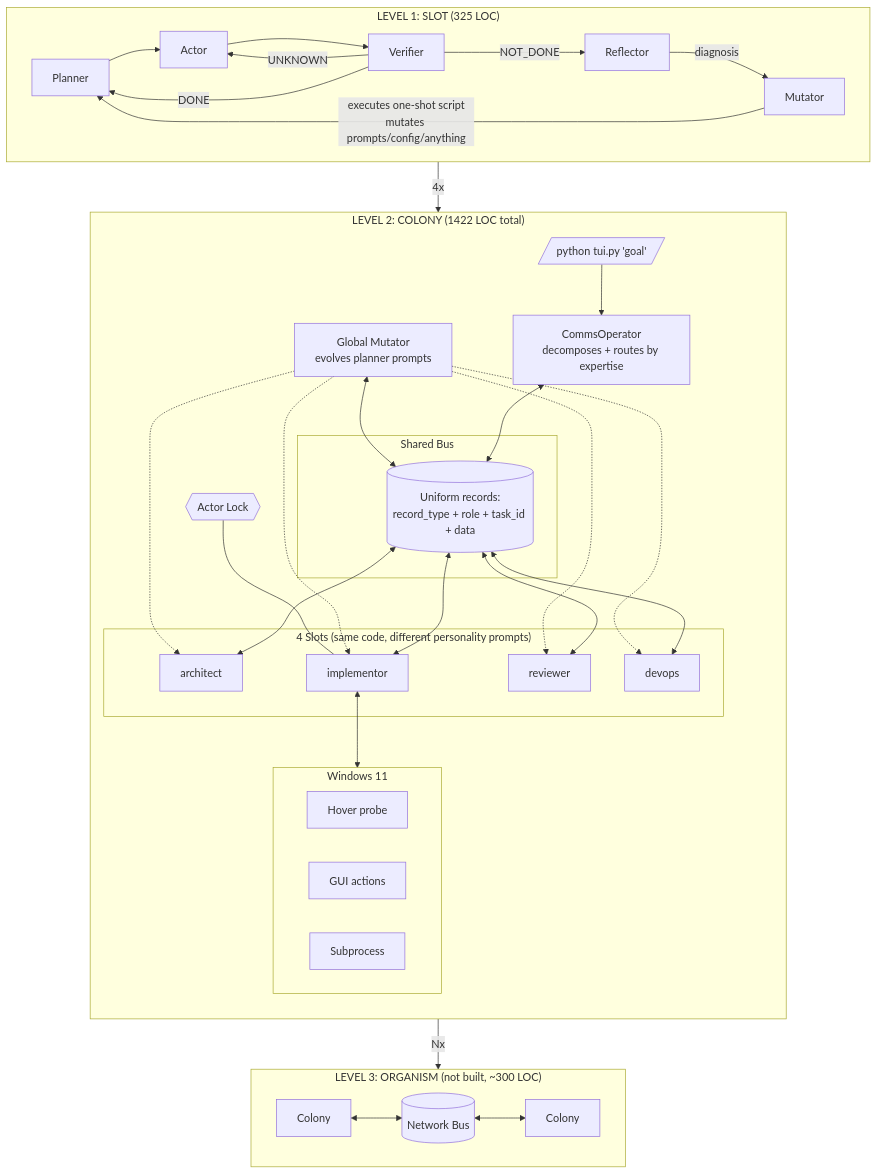
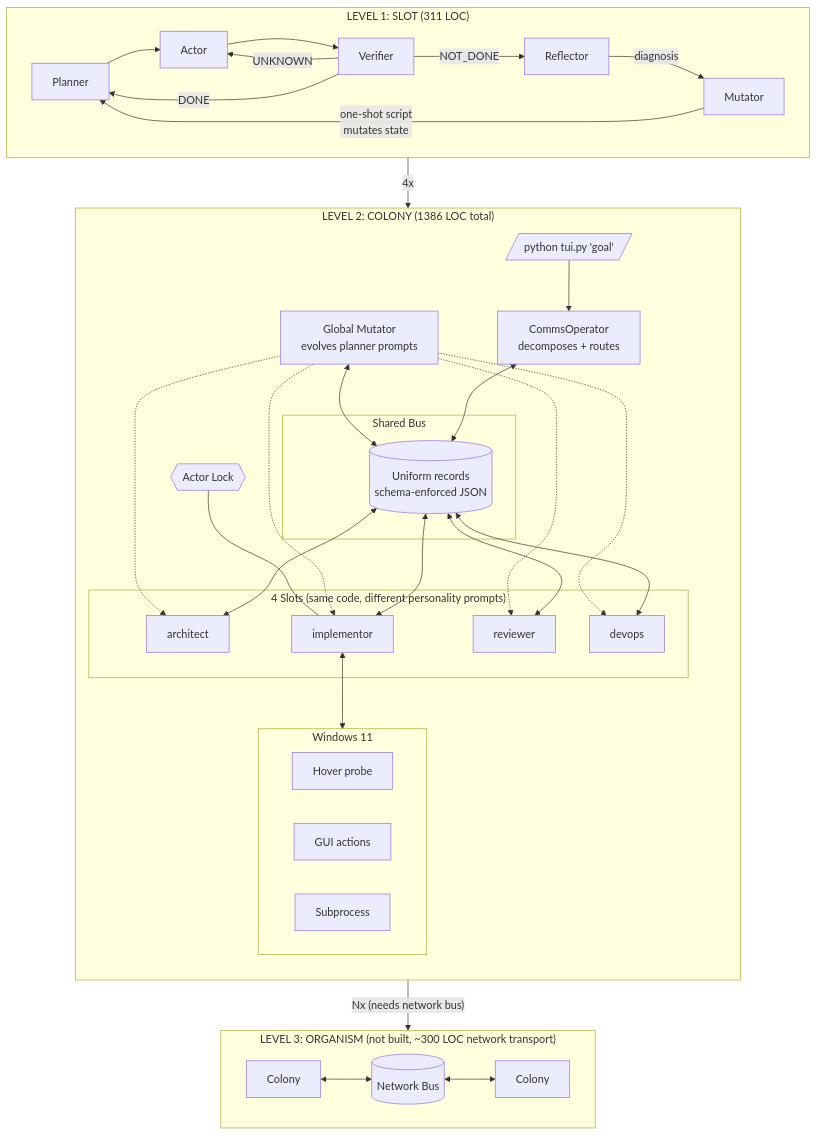
Before and after one commit to wgabrys88/endgame-ai: the first of 3 diagrams in README.md, drawn with Mermaid. The commit also changed other lines of this file, not shown here.

Commit message:
final README: schema enforcement, file config, complete handover

````diff
--- a/README.md
+++ b/README.md
@@ -7,60 +7,60 @@
 ```mermaid
 flowchart TB
-    subgraph LEVEL1["LEVEL 1: SLOT (325 LOC)"]
+    subgraph LEVEL1["LEVEL 1: SLOT (311 LOC)"]
         direction LR
         P1["Planner"] --> A1["Actor"] --> V1["Verifier"]
         V1 -->|"DONE"| P1
         V1 -->|"NOT_DONE"| RF["Reflector"]
         RF -->|"diagnosis"| MU["Mutator"]
-        MU -->|"executes one-shot script<br/>mutates prompts/config/anything"| P1
+        MU -->|"one-shot script<br/>mutates state"| P1
         V1 -->|"UNKNOWN"| A1
     end
 
-    subgraph LEVEL2["LEVEL 2: COLONY (1422 LOC total)"]
+    subgraph LEVEL2["LEVEL 2: COLONY (1386 LOC total)"]
         direction TB
-        GOAL[/"python tui.py 'goal'"/] --> COMMS["CommsOperator<br/>decomposes + routes by expertise"]
+        GOAL[/"python tui.py 'goal'"/] --> COMMS["CommsOperator<br/>decomposes + routes"]
 
         subgraph BUS_AREA["Shared Bus"]
-            BUS[("Uniform records:<br/>record_type + role + task_id + data")]
+            BUS[("Uniform records<br/>schema-enforced JSON")]
         end
 
         COMMS <--> BUS
 
         subgraph SLOTS["4 Slots (same code, different personality prompts)"]
             S1["architect"]
             S2["implementor"]
             S3["reviewer"]
             S4["devops"]
         end
 
         BUS <--> S1
         BUS <--> S2
         BUS <--> S3
         BUS <--> S4
 
         GM["Global Mutator<br/>evolves planner prompts"]
         GM <--> BUS
         GM -.-> S1
         GM -.-> S2
         GM -.-> S3
         GM -.-> S4
 
         LOCK{{"Actor Lock"}}
         LOCK --- S2
 
         subgraph DESKTOP["Windows 11"]
             OBS["Hover probe"]
             ACT["GUI actions"]
             SUB["Subprocess"]
         end
 
         S2 <--> DESKTOP
     end
 
-    subgraph LEVEL3["LEVEL 3: ORGANISM (not built, ~300 LOC)"]
+    subgraph LEVEL3["LEVEL 3: ORGANISM (not built, ~300 LOC network transport)"]
         C1["Colony"] <--> NB[("Network Bus")] <--> C2["Colony"]
     end
 
     LEVEL1 -->|"4x"| LEVEL2
-    LEVEL2 -->|"Nx"| LEVEL3
+    LEVEL2 -->|"Nx (needs network bus)"| LEVEL3
 ```
````
